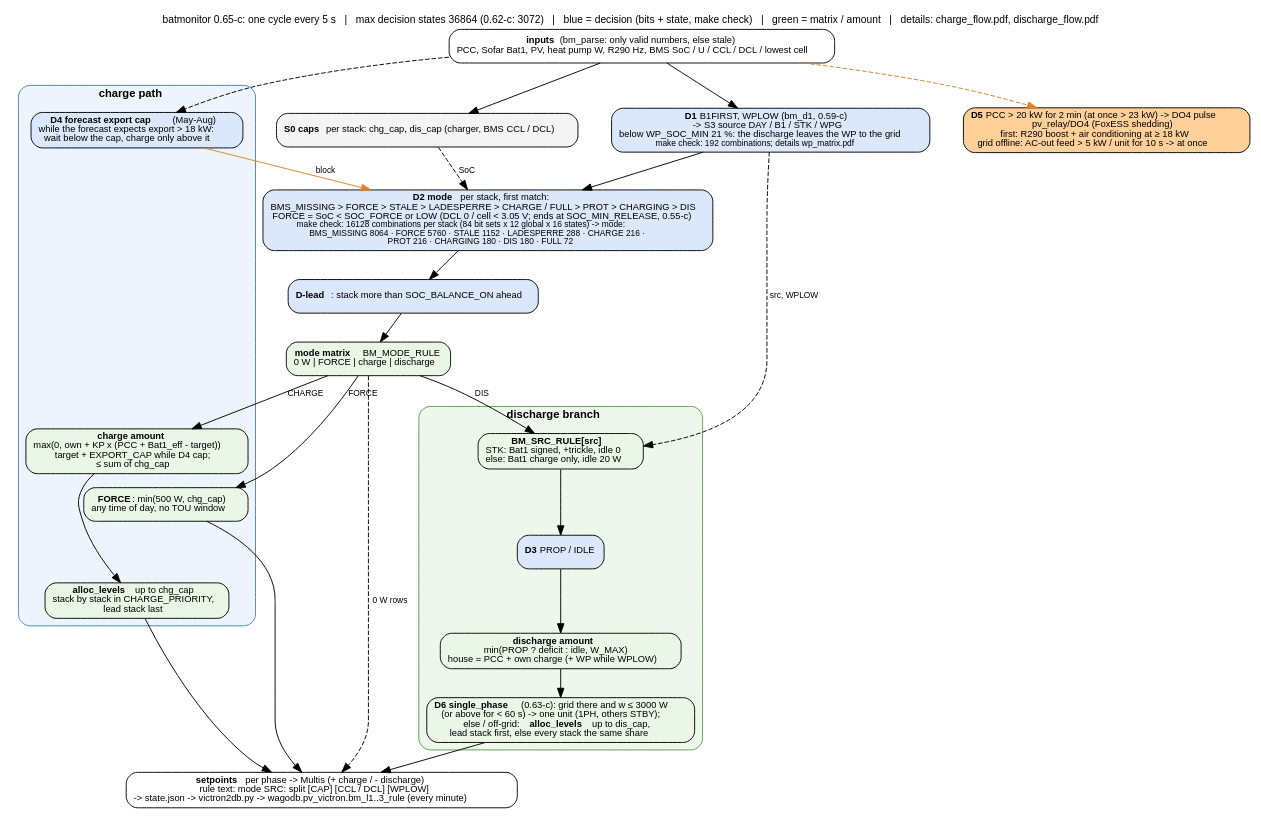
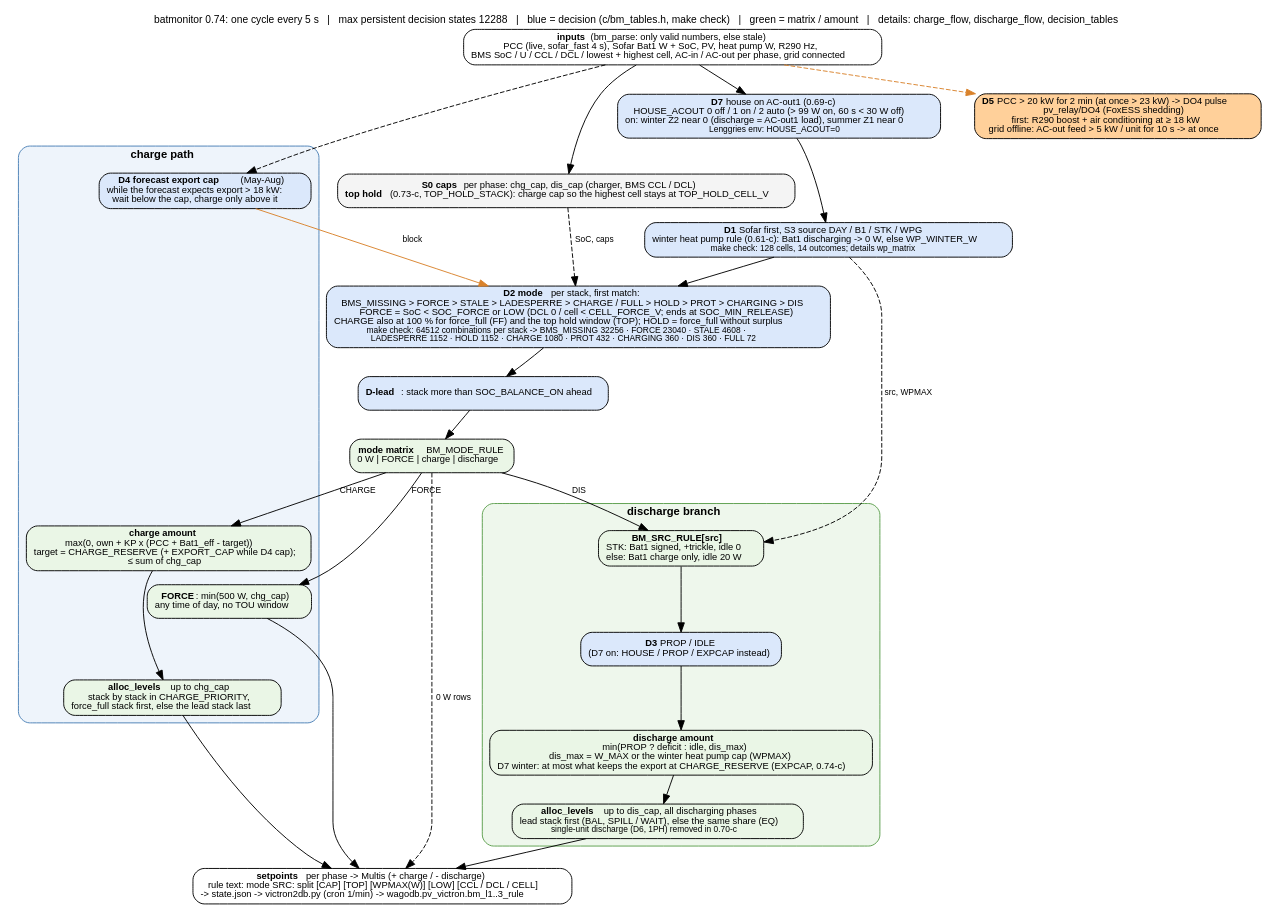
The diagram in docs/control_flow.dot (gerontec/victron), drawn with Graphviz before and after one commit. The commit also changed 23 other files, not shown here.

First line of the commit message:
docs: diagrams generated from c/bm_tables.h, flow charts updated to 0.74, observed states page

```diff
--- a/docs/control_flow.dot
+++ b/docs/control_flow.dot
@@ -1,54 +1,56 @@
-// batmonitor 0.59-c: overview of one cycle - a common trunk, then one charge path and one discharge branch.
-// Details: charge_flow.pdf (charge path, peak window) and discharge_flow.pdf (discharge matrix, CBMC coverage).
-// render: dot -Tpdf control_flow.dot -o control_flow.pdf   (or -Tpng)
+// batmonitor 0.74 (C 0.74-c, Python 0.74-py live since 2026-11-04): overview of one cycle - a common trunk, then one
+// charge path and one discharge branch. Details: charge_flow, discharge_flow, wp_matrix; the decision tables
+// themselves: decision_tables / decision_flow (generated from c/bm_tables.h by gen_docs.py).
+// render: python3 docs/gen_docs.py   (renders every docs/*.dot to .pdf and .png)
 digraph control {
 	graph [rankdir=TB, fontname="Helvetica", fontsize=11, nodesep=0.5, ranksep=0.4, newrank=true,
-		   label="batmonitor 0.65-c: one cycle every 5 s   |   max decision states 36864 (0.62-c: 3072)   |   blue = decision (bits + state, make check)   |   green = matrix / amount   |   details: charge_flow.pdf, discharge_flow.pdf",
+		   label="batmonitor 0.74: one cycle every 5 s   |   max persistent decision states 12288   |   blue = decision (c/bm_tables.h, make check)   |   green = matrix / amount   |   details: charge_flow, discharge_flow, decision_tables",
 		   labelloc=t];
 	node [shape=box, style="rounded,filled", fillcolor="#f4f4f4", fontname="Helvetica", fontsize=10];
 	edge [fontname="Helvetica", fontsize=9];
 
-	in [label=<<b>inputs</b> (bm_parse: only valid numbers, else stale)<br/>PCC, Sofar Bat1, PV, heat pump W, R290 Hz, BMS SoC / U / CCL / DCL / lowest cell>, fillcolor="#ffffff"];
-	d1 [label=<<b>D1</b> B1FIRST, WPLOW (bm_d1, 0.59-c)<br/>-&gt; S3 source DAY / B1 / STK / WPG<br/>below WP_SOC_MIN 21 %: the discharge leaves the WP to the grid<br/><font point-size="9">make check: 192 combinations; details wp_matrix.pdf</font>>, fillcolor="#dbe8fb"];
-	gates [label=<<b>S0 caps</b> per stack: chg_cap, dis_cap (charger, BMS CCL / DCL)>];
-	d2 [label=<<b>D2 mode</b> per stack, first match:<br/>BMS_MISSING &gt; FORCE &gt; STALE &gt; LADESPERRE &gt; CHARGE / FULL &gt; PROT &gt; CHARGING &gt; DIS<br/>FORCE = SoC &lt; SOC_FORCE or LOW (DCL 0 / cell &lt; 3.05 V; ends at SOC_MIN_RELEASE, 0.55-c)<br/><font point-size="9">make check: 16128 combinations per stack (84 bit sets x 12 global x 16 states) -&gt; mode:<br/>BMS_MISSING 8064 · FORCE 5760 · STALE 1152 · LADESPERRE 288 · CHARGE 216 ·<br/>PROT 216 · CHARGING 180 · DIS 180 · FULL 72</font>>, fillcolor="#dbe8fb"];
+	in [label=<<b>inputs</b> (bm_parse: only valid numbers, else stale)<br/>PCC (live, sofar_fast 4 s), Sofar Bat1 W + SoC, PV, heat pump W, R290 Hz,<br/>BMS SoC / U / CCL / DCL / lowest + highest cell, AC-in / AC-out per phase, grid connected>, fillcolor="#ffffff"];
+	d7 [label=<<b>D7</b> house on AC-out1 (0.69-c)<br/>HOUSE_ACOUT 0 off / 1 on / 2 auto (&gt; 99 W on, 60 s &lt; 30 W off)<br/>on: winter Z2 near 0 (discharge = AC-out1 load), summer Z1 near 0<br/><font point-size="9">Lenggries env: HOUSE_ACOUT=0</font>>, fillcolor="#dbe8fb"];
+	d1 [label=<<b>D1</b> Sofar first, S3 source DAY / B1 / STK / WPG<br/>winter heat pump rule (0.61-c): Bat1 discharging -&gt; 0 W, else WP_WINTER_W<br/><font point-size="9">make check: 128 cells, 14 outcomes; details wp_matrix</font>>, fillcolor="#dbe8fb"];
+	gates [label=<<b>S0 caps</b> per phase: chg_cap, dis_cap (charger, BMS CCL / DCL)<br/><b>top hold</b> (0.73-c, TOP_HOLD_STACK): charge cap so the highest cell stays at TOP_HOLD_CELL_V>];
+	d2 [label=<<b>D2 mode</b> per stack, first match:<br/>BMS_MISSING &gt; FORCE &gt; STALE &gt; LADESPERRE &gt; CHARGE / FULL &gt; HOLD &gt; PROT &gt; CHARGING &gt; DIS<br/>FORCE = SoC &lt; SOC_FORCE or LOW (DCL 0 / cell &lt; CELL_FORCE_V; ends at SOC_MIN_RELEASE)<br/>CHARGE also at 100 % for force_full (FF) and the top hold window (TOP); HOLD = force_full without surplus<br/><font point-size="9">make check: 64512 combinations per stack -&gt; BMS_MISSING 32256 · FORCE 23040 · STALE 4608 ·<br/>LADESPERRE 1152 · HOLD 1152 · CHARGE 1080 · PROT 432 · CHARGING 360 · DIS 360 · FULL 72</font>>, fillcolor="#dbe8fb"];
 	lead [label=<<b>D-lead</b>: stack more than SOC_BALANCE_ON ahead>, fillcolor="#dbe8fb"];
 	mode [label=<<b>mode matrix</b> BM_MODE_RULE<br/>0 W | FORCE | charge | discharge>, fillcolor="#eaf6e6", shape=box];
 
 	subgraph cluster_charge {
 		label=<<b>charge path</b>>; style="rounded,filled"; fillcolor="#eef4fb"; color="#4a7fb5"; fontsize=12;
 		d4 [label=<<b>D4 forecast export cap</b> (May-Aug)<br/>while the forecast expects export &gt; 18 kW:<br/>wait below the cap, charge only above it>, fillcolor="#dbe8fb"];
 		cforce [label=<<b>FORCE</b>: min(500 W, chg_cap)<br/>any time of day, no TOU window>, fillcolor="#eaf6e6"];
-		camount [label=<<b>charge amount</b><br/>max(0, own + KP x (PCC + Bat1_eff - target))<br/>target + EXPORT_CAP while D4 cap;<br/>&le; sum of chg_cap>, fillcolor="#eaf6e6"];
-		csplit [label=<<b>alloc_levels</b> up to chg_cap<br/>stack by stack in CHARGE_PRIORITY,<br/>lead stack last>, fillcolor="#eaf6e6"];
+		camount [label=<<b>charge amount</b><br/>max(0, own + KP x (PCC + Bat1_eff - target))<br/>target = CHARGE_RESERVE (+ EXPORT_CAP while D4 cap);<br/>&le; sum of chg_cap>, fillcolor="#eaf6e6"];
+		csplit [label=<<b>alloc_levels</b> up to chg_cap<br/>stack by stack in CHARGE_PRIORITY,<br/>force_full stack first, else the lead stack last>, fillcolor="#eaf6e6"];
 		camount -> csplit;
 	}
 
 	subgraph cluster_dis {
 		label=<<b>discharge branch</b>>; style="rounded,filled"; fillcolor="#eef7ec"; color="#5a9e4b"; fontsize=12;
 		src [label=<<b>BM_SRC_RULE[src]</b><br/>STK: Bat1 signed, +trickle, idle 0<br/>else: Bat1 charge only, idle 20 W>, fillcolor="#eaf6e6"];
-		d3 [label=<<b>D3</b> PROP / IDLE>, fillcolor="#dbe8fb"];
-		damount [label=<<b>discharge amount</b><br/>min(PROP ? deficit : idle, W_MAX)<br/>house = PCC + own charge (+ WP while WPLOW)>, fillcolor="#eaf6e6"];
-		dsplit [label=<<b>D6 single_phase</b> (0.63-c): grid there and w &le; 3000 W<br/>(or above for &lt; 60 s) -&gt; one unit (1PH, others STBY);<br/>else / off-grid: <b>alloc_levels</b> up to dis_cap,<br/>lead stack first, else every stack the same share>, fillcolor="#eaf6e6"];
+		d3 [label=<<b>D3</b> PROP / IDLE<br/>(D7 on: HOUSE / PROP / EXPCAP instead)>, fillcolor="#dbe8fb"];
+		damount [label=<<b>discharge amount</b><br/>min(PROP ? deficit : idle, dis_max)<br/>dis_max = W_MAX or the winter heat pump cap (WPMAX)<br/>D7 winter: at most what keeps the export at CHARGE_RESERVE (EXPCAP, 0.74-c)>, fillcolor="#eaf6e6"];
+		dsplit [label=<<b>alloc_levels</b> up to dis_cap, all discharging phases<br/>lead stack first (BAL, SPILL / WAIT), else the same share (EQ)<br/><font point-size="9">single-unit discharge (D6, 1PH) removed in 0.70-c</font>>, fillcolor="#eaf6e6"];
 		src -> d3 -> damount -> dsplit;
 	}
 
 	d5 [label=<<b>D5</b> PCC &gt; 20 kW for 2 min (at once &gt; 23 kW) -&gt; DO4 pulse<br/>pv_relay/DO4 (FoxESS shedding)<br/>first: R290 boost + air conditioning at &ge; 18 kW<br/>grid offline: AC-out feed &gt; 5 kW / unit for 10 s -&gt; at once>, fillcolor="#ffd09a"];
-	out [label=<<b>setpoints</b> per phase -&gt; Multis (+ charge / - discharge)<br/>rule text: mode SRC: split [CAP] [CCL / DCL] [WPLOW]<br/>-&gt; state.json -&gt; victron2db.py -&gt; wagodb.pv_victron.bm_l1..3_rule (every minute)>, fillcolor="#ffffff"];
+	out [label=<<b>setpoints</b> per phase -&gt; Multis (+ charge / - discharge)<br/>rule text: mode SRC: split [CAP] [TOP] [WPMAX(W)] [LOW] [CCL / DCL / CELL]<br/>-&gt; state.json -&gt; victron2db.py (cron 1/min) -&gt; wagodb.pv_victron.bm_l1..3_rule>, fillcolor="#ffffff"];
 
-	in -> d1 -> d2;
+	in -> d7 -> d1 -> d2;
 	in -> gates;
-	gates -> d2 [style=dashed, label=" SoC"];
+	gates -> d2 [style=dashed, label=" SoC, caps"];
 	d2 -> lead -> mode;
 	mode -> cforce [label=" FORCE"];
 	mode -> camount [label=" CHARGE"];
 	mode -> src [label=" DIS"];
 	mode -> out [label=" 0 W rows", style=dashed];
 	d4 -> d2 [color="#d9822b", label=" block"];
 	in -> d4 [style=dashed];
 	in -> d5 [style=dashed, color="#d9822b"];
-	d1 -> src [style=dashed, label=" src, WPLOW"];
+	d1 -> src [style=dashed, label=" src, WPMAX"];
 	cforce -> out;
 	csplit -> out;
 	dsplit -> out;
 }
```
